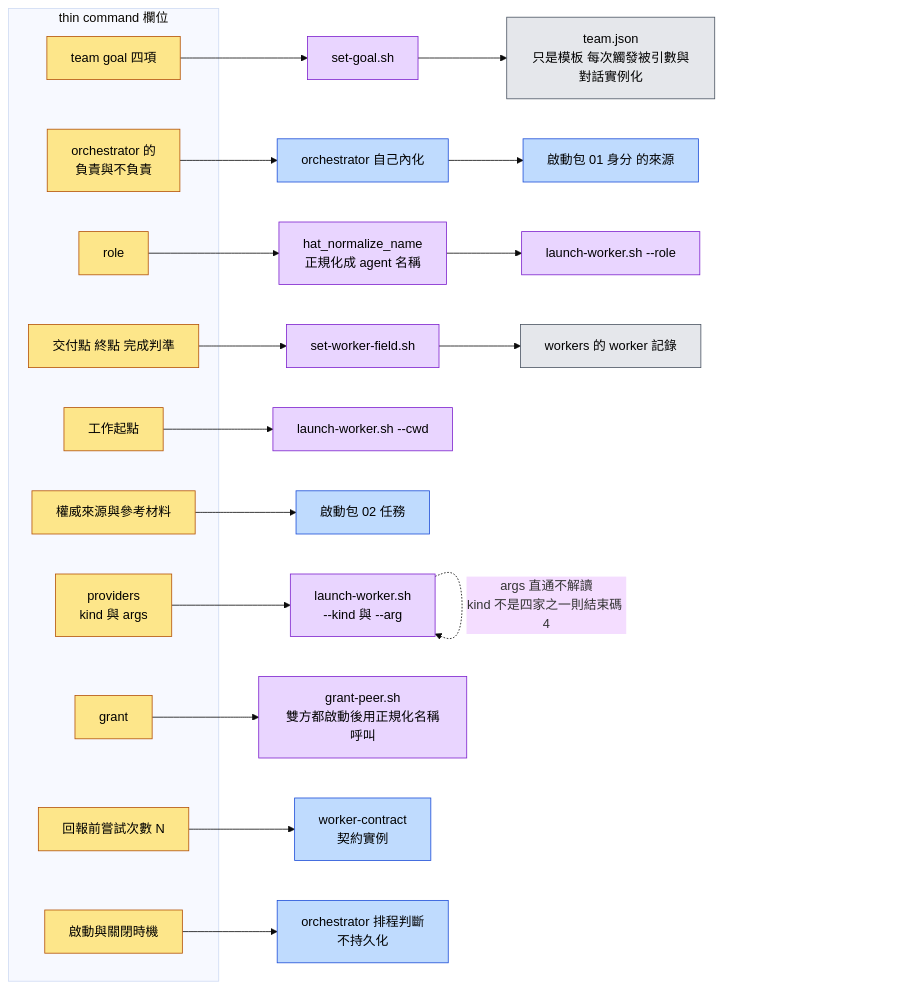
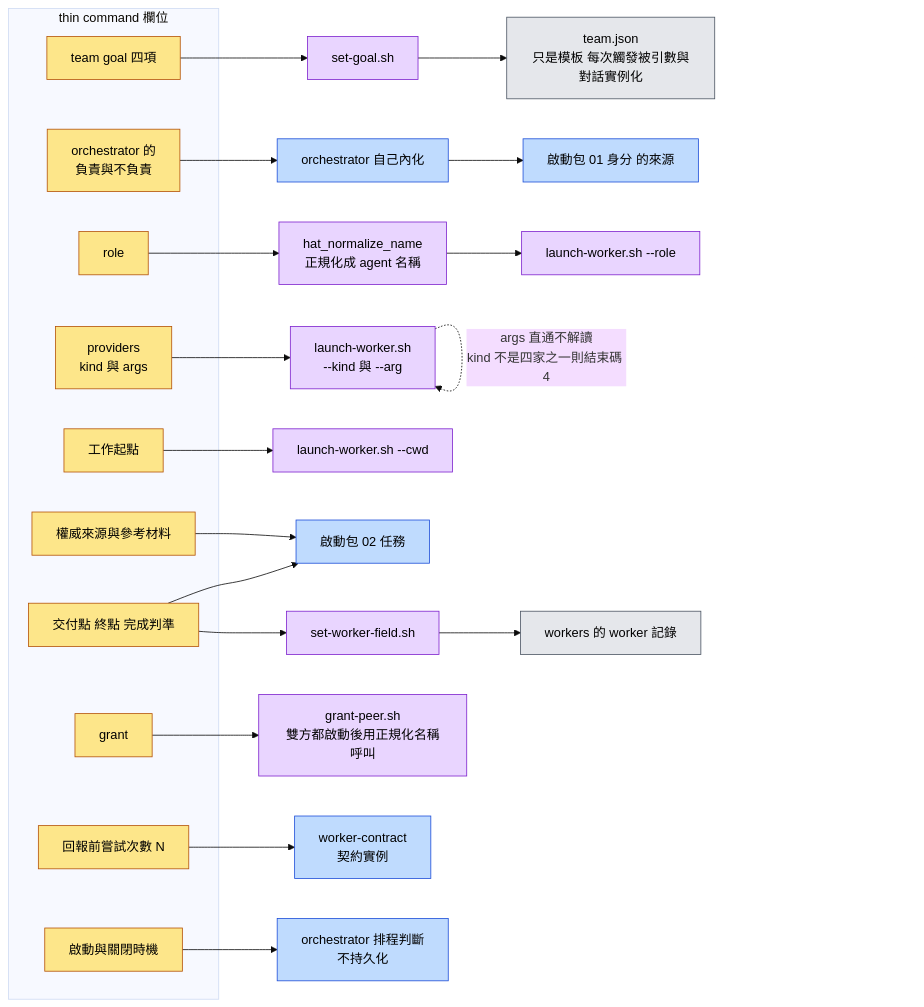
The fourth of 18 diagrams in skills/herdr-agent-team/README.md (chenghung/my-claude-code-settings), drawn with Mermaid (base theme) before and after one commit. The commit also changed other lines of this file and 12 other files, not shown here.

````diff
--- a/skills/herdr-agent-team/README.md
+++ b/skills/herdr-agent-team/README.md
@@ -153,36 +153,37 @@
 ```mermaid
 flowchart LR
     subgraph fields["thin command 欄位"]
         f1["team goal 四項"]
         f2["orchestrator 的<br/>負責與不負責"]
         f3["role"]
         f4["providers<br/>kind 與 args"]
         f5["工作起點"]
         f6["權威來源與參考材料"]
         f7["交付點 終點 完成判準"]
         f8["grant"]
         f9["回報前嘗試次數 N"]
         f10["啟動與關閉時機"]
     end
     f1 --> d1["set-goal.sh"] --> d1b["team.json<br/>只是模板 每次觸發被引數與對話實例化"]
     f2 --> d2["orchestrator 自己內化"]
     d2 --> d2b["啟動包 01 身分 的來源"]
     f3 --> d3["hat_normalize_name<br/>正規化成 agent 名稱"] --> d3b["launch-worker.sh --role"]
     f4 --> d4["launch-worker.sh<br/>--kind 與 --arg"]
     d4 -.->|"args 直通不解讀<br/>kind 不是四家之一則結束碼 4"| d4
     f5 --> d5["launch-worker.sh --cwd"]
     f6 --> d6["啟動包 02 任務"]
+    f7 --> d6
     f7 --> d7["set-worker-field.sh"] --> d7b["workers 的 worker 記錄"]
     f8 --> d8["grant-peer.sh<br/>雙方都啟動後用正規化名稱呼叫"]
     f9 --> d9["worker-contract<br/>契約實例"]
     f10 --> d10["orchestrator 排程判斷<br/>不持久化"]
 
     classDef kOrch fill:#bfdbfe,stroke:#1d4ed8,color:#000
     classDef kScript fill:#e9d5ff,stroke:#7e22ce,color:#000
     classDef kDisk fill:#e5e7eb,stroke:#4b5563,color:#000
     classDef kHuman fill:#fde68a,stroke:#b45309,color:#000
     class f1,f2,f3,f4,f5,f6,f7,f8,f9,f10 kHuman
     class d1,d3,d3b,d4,d5,d7,d8 kScript
     class d2,d2b,d6,d9,d10 kOrch
     class d1b,d7b kDisk
 ```
````
